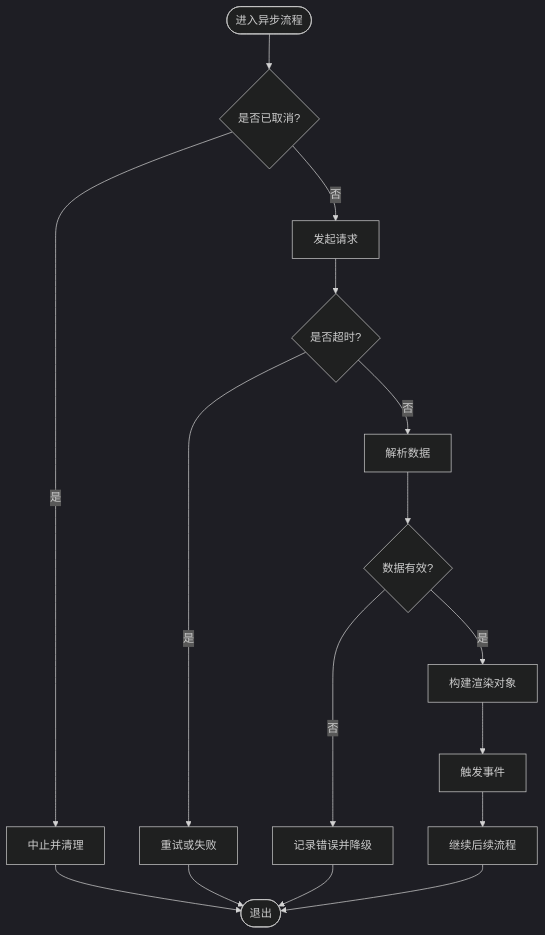
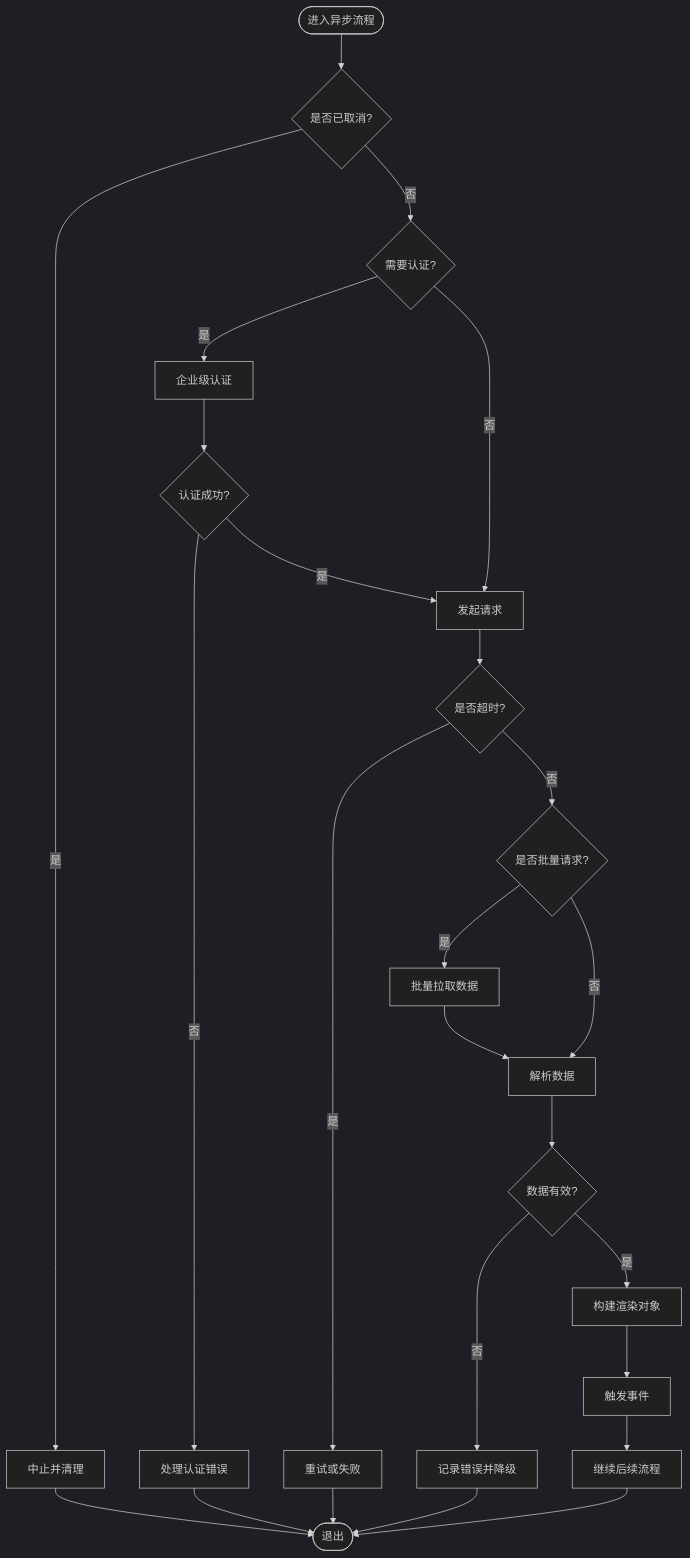
One commit to rzhangjing/cesium changed the fifth of 7 diagrams in .qoder/repowiki/zh/content/数据提供者/数据提供者架构.md. Above: the diagram before and after it, drawn with Mermaid (dark theme). The commit also changed other lines of this file and 32 other files, not shown here.

````diff
--- a/.qoder/repowiki/zh/content/数据提供者/数据提供者架构.md
+++ b/.qoder/repowiki/zh/content/数据提供者/数据提供者架构.md
@@ -258,18 +296,27 @@
 ```mermaid
 flowchart TD
 Entry(["进入异步流程"]) --> CheckCancel{"是否已取消?"}
 CheckCancel --> |是| Abort["中止并清理"]
-CheckCancel --> |否| Fetch["发起请求"]
+CheckCancel --> |否| CheckAuth{"需要认证?"}
+CheckAuth --> |是| Auth["企业级认证"]
+CheckAuth --> |否| Fetch["发起请求"]
+Auth --> AuthSuccess{"认证成功?"}
+AuthSuccess --> |否| HandleAuthError["处理认证错误"]
+AuthSuccess --> |是| Fetch
 Fetch --> Timeout{"是否超时?"}
 Timeout --> |是| RetryOrFail["重试或失败"]
-Timeout --> |否| Parse["解析数据"]
+Timeout --> |否| BatchCheck{"是否批量请求?"}
+BatchCheck --> |是| BatchFetch["批量拉取数据"]
+BatchCheck --> |否| Parse["解析数据"]
+BatchFetch --> Parse
 Parse --> Valid{"数据有效?"}
 Valid --> |否| HandleInvalid["记录错误并降级"]
 Valid --> |是| Build["构建渲染对象"]
 Build --> Emit["触发事件"]
 Emit --> Next["继续后续流程"]
 Abort --> Exit(["退出"])
 RetryOrFail --> Exit
 HandleInvalid --> Exit
+HandleAuthError --> Exit
 Next --> Exit
 ```
````
